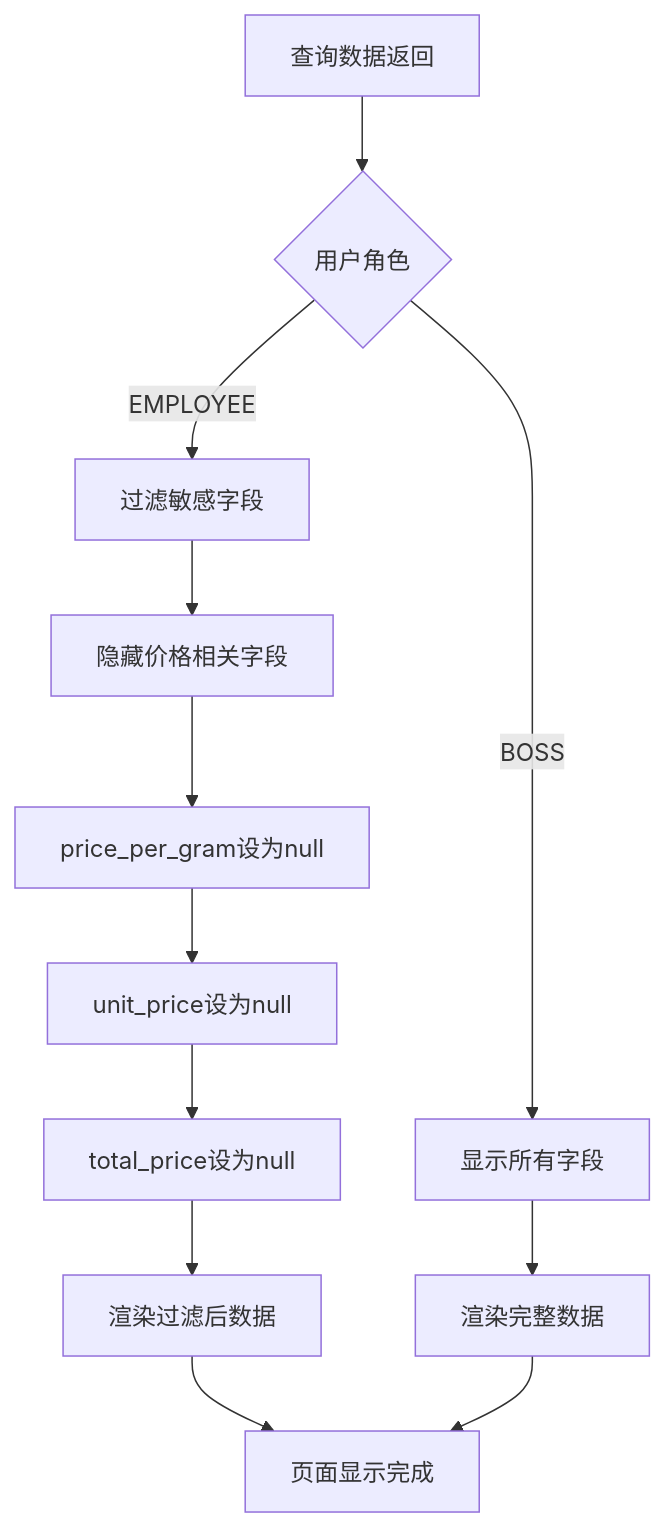
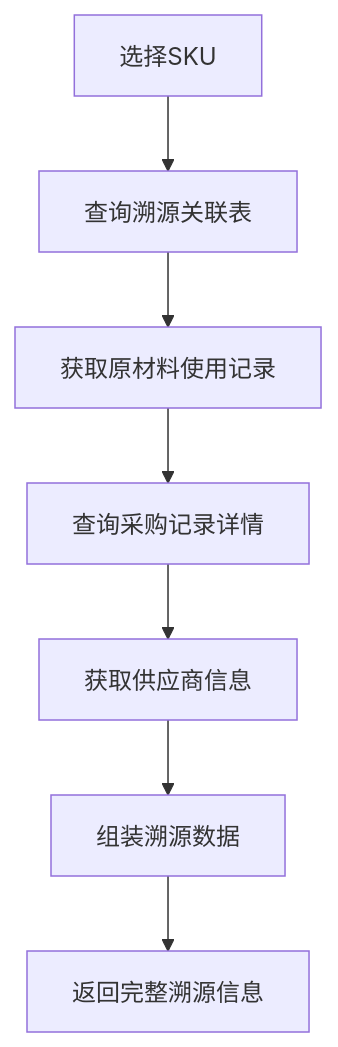
Diagram 14 of 14 in .trae/documents/05-业务流程详细规范文档.md (zhuoweishun/shuijing-erp), drawn with Mermaid before and after one commit. The commit also changed other lines of this file and 118 other files, not shown here.

````diff
--- a/.trae/documents/05-业务流程详细规范文档.md
+++ b/.trae/documents/05-业务流程详细规范文档.md
@@ -1007,14 +496,9 @@
 ```mermaid
 flowchart TD
-    A[查询数据返回] --> B{用户角色}
-    B -->|BOSS| C[显示所有字段]
-    B -->|EMPLOYEE| D[过滤敏感字段]
-    D --> E[隐藏价格相关字段]
-    E --> F[price_per_gram设为null]
-    F --> G[unit_price设为null]
-    G --> H[total_price设为null]
-    H --> I[渲染过滤后数据]
-    C --> J[渲染完整数据]
-    I --> K[页面显示完成]
-    J --> K
+    A[选择SKU] --> B[查询溯源关联表]
+    B --> C[获取原材料使用记录]
+    C --> D[查询采购记录详情]
+    D --> E[获取供应商信息]
+    E --> F[组装溯源数据]
+    F --> G[返回完整溯源信息]
 ```
````
